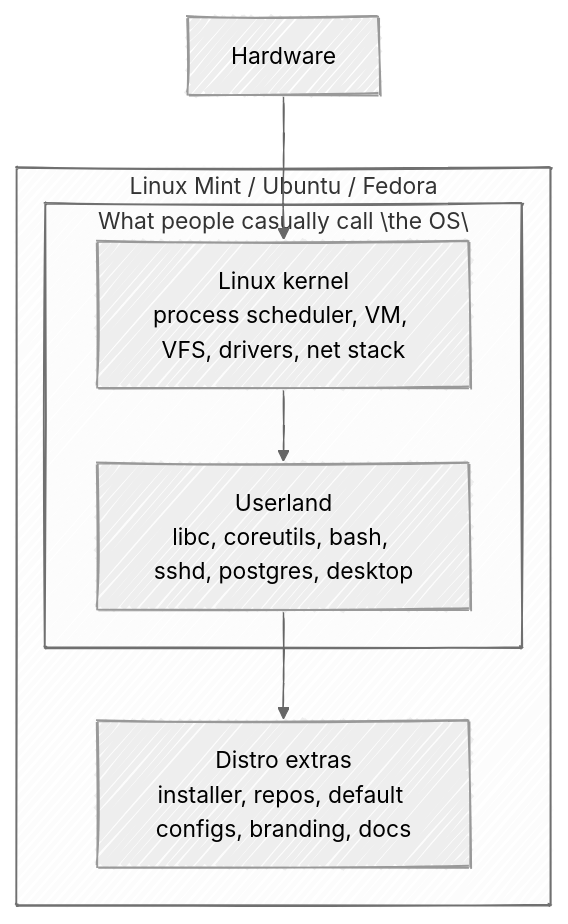
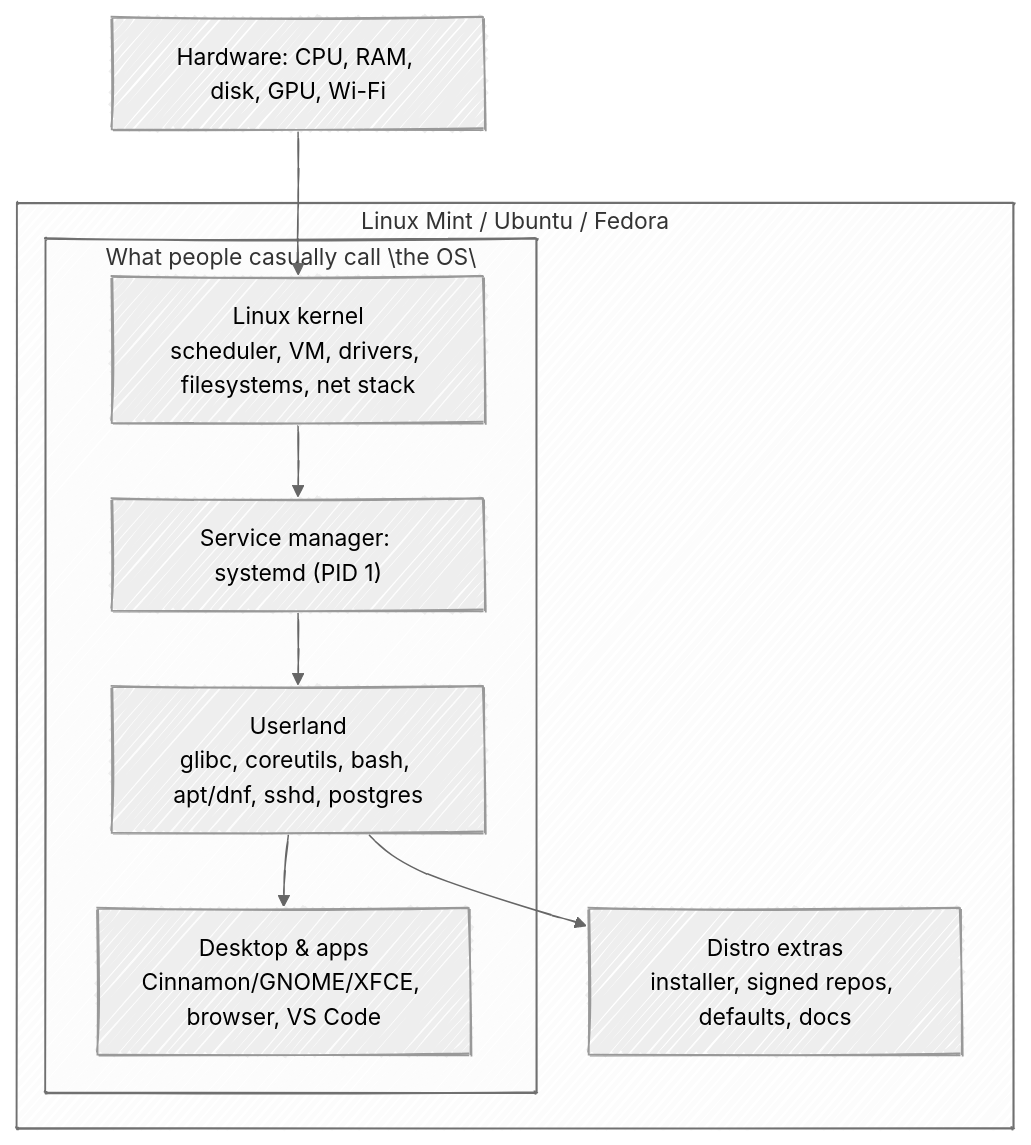
The first of 4 diagrams in docs/02-linux-design.md (amitsk/learning-linux), drawn with Mermaid before and after one commit. The commit also changed other lines of this file and 8 other files, not shown here.

````diff
--- a/docs/02-linux-design.md
+++ b/docs/02-linux-design.md
@@ -36,18 +19,19 @@
 ```mermaid
 ---
 config:
   look: handDrawn
   theme: neutral
 ---
 flowchart TB
   subgraph Distro["Linux Mint / Ubuntu / Fedora"]
     subgraph OS["What people casually call \"the OS\""]
-      Kernel["Linux kernel<br/>process scheduler, VM, VFS, drivers, net stack"]
-      Userland["Userland<br/>libc, coreutils, bash, sshd, postgres, desktop"]
+      Kernel["Linux kernel<br/>scheduler, VM, drivers, filesystems, net stack"]
+      Init["Service manager: systemd (PID 1)"]
+      Userland["Userland<br/>glibc, coreutils, bash, apt/dnf, sshd, postgres"]
+      Desktop["Desktop & apps<br/>Cinnamon/GNOME/XFCE, browser, VS Code"]
     end
-    Extras["Distro extras<br/>installer, repos, default configs, branding, docs"]
+    Extras["Distro extras<br/>installer, signed repos, defaults, docs"]
   end
-  Hardware[Hardware] --> Kernel
-  Kernel --> Userland
+  Hardware[Hardware: CPU, RAM, disk, GPU, Wi-Fi] --> Kernel --> Init --> Userland --> Desktop
   Userland --> Extras
 ```
````
